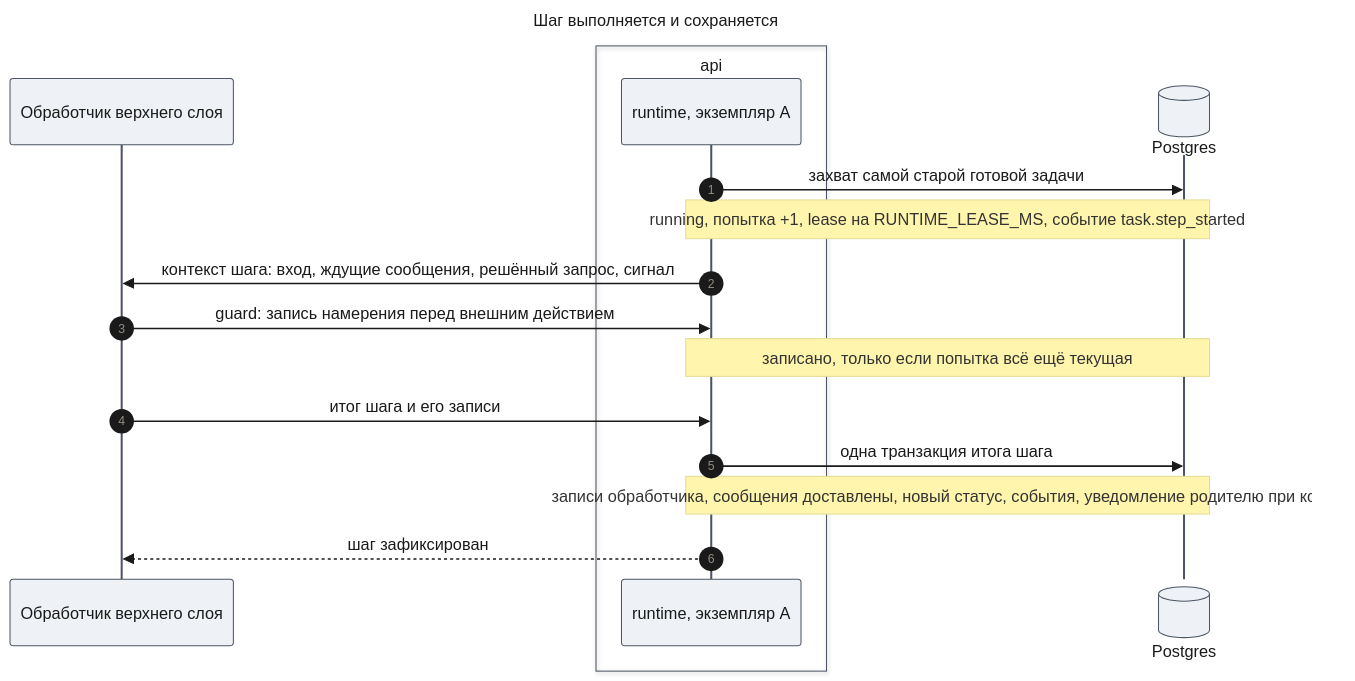
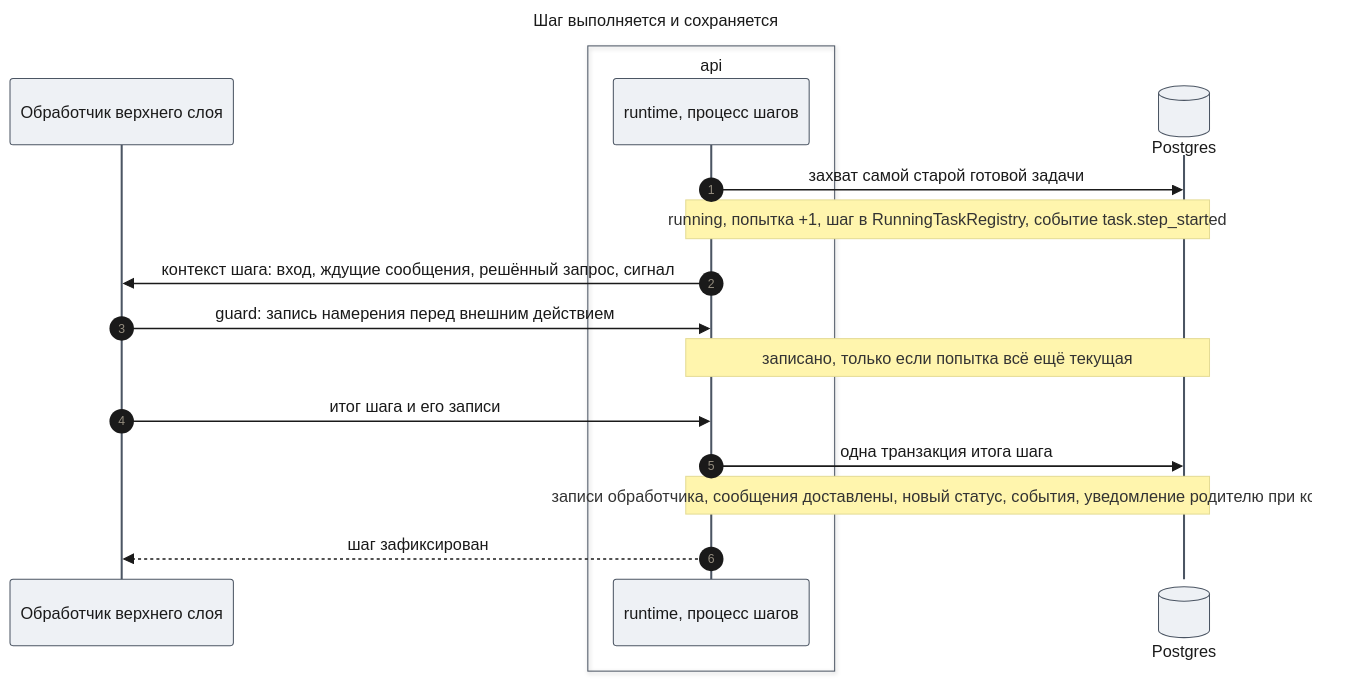
One commit to tundraray/agent-os changed the sixth of 12 diagrams in docs/features/agent-platform/design-runtime.md. Above: the diagram before and after it, drawn with Mermaid. The commit also changed other lines of this file and 1225 other files, not shown here.

````diff
--- a/docs/features/agent-platform/design-runtime.md
+++ b/docs/features/agent-platform/design-runtime.md
@@ -450,38 +420,38 @@
 ```mermaid
 ---
 title: "Шаг выполняется и сохраняется"
 config:
   theme: base
   look: classic
   themeVariables:
     primaryColor: "#eef1f5"
     primaryBorderColor: "#4b5563"
     primaryTextColor: "#1a1a1a"
     lineColor: "#6b7280"
   themeCSS: |
     @keyframes lit_f1{0%,15%{stroke:#991b1b;stroke-width:6px}16.667%,100%{stroke:#37474f;stroke-width:2px}}
     @keyframes litr_f1{0%,15%{stroke:#1d4ed8;stroke-width:6px}16.667%,100%{stroke:#37474f;stroke-width:2px}}
     .messageLine0[data-id='i1'],.messageLine1[data-id='i1']{animation:lit_f1 7.2s linear 0s infinite}
     .messageLine0[data-id='i3'],.messageLine1[data-id='i3']{animation:lit_f1 7.2s linear 1.2s infinite}
     .messageLine0[data-id='i4'],.messageLine1[data-id='i4']{animation:lit_f1 7.2s linear 2.4s infinite}
     .messageLine0[data-id='i6'],.messageLine1[data-id='i6']{animation:lit_f1 7.2s linear 3.6s infinite}
     .messageLine0[data-id='i7'],.messageLine1[data-id='i7']{animation:lit_f1 7.2s linear 4.8s infinite}
     .messageLine0[data-id='i9'],.messageLine1[data-id='i9']{animation:litr_f1 7.2s linear 6s infinite}
 ---
 sequenceDiagram
     autonumber
     participant H as Обработчик верхнего слоя
     box api
-    participant A as runtime, экземпляр A
+    participant A as runtime, процесс шагов
     end
     participant DB@{ "type": "database" } as Postgres
     A->>DB: захват самой старой готовой задачи
-    Note over A,DB: running, попытка +1, lease на RUNTIME_LEASE_MS, событие task.step_started
+    Note over A,DB: running, попытка +1, шаг в RunningTaskRegistry, событие task.step_started
     A->>H: контекст шага: вход, ждущие сообщения, решённый запрос, сигнал
     H->>A: guard: запись намерения перед внешним действием
     Note over A,DB: записано, только если попытка всё ещё текущая
     H->>A: итог шага и его записи
     A->>DB: одна транзакция итога шага
     Note over A,DB: записи обработчика, сообщения доставлены, новый статус, события, уведомление родителю при конце
     A-->>H: шаг зафиксирован
 ```
````
